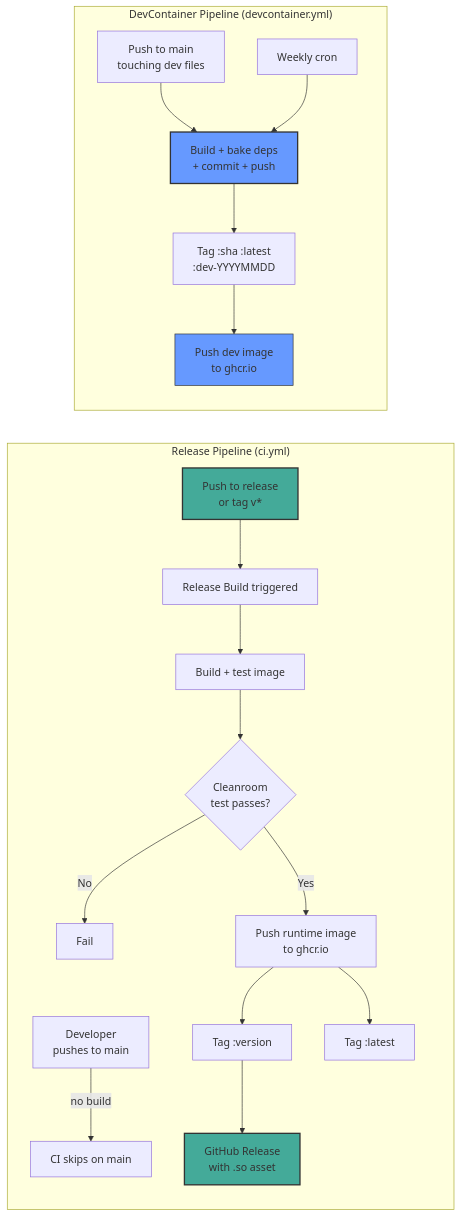
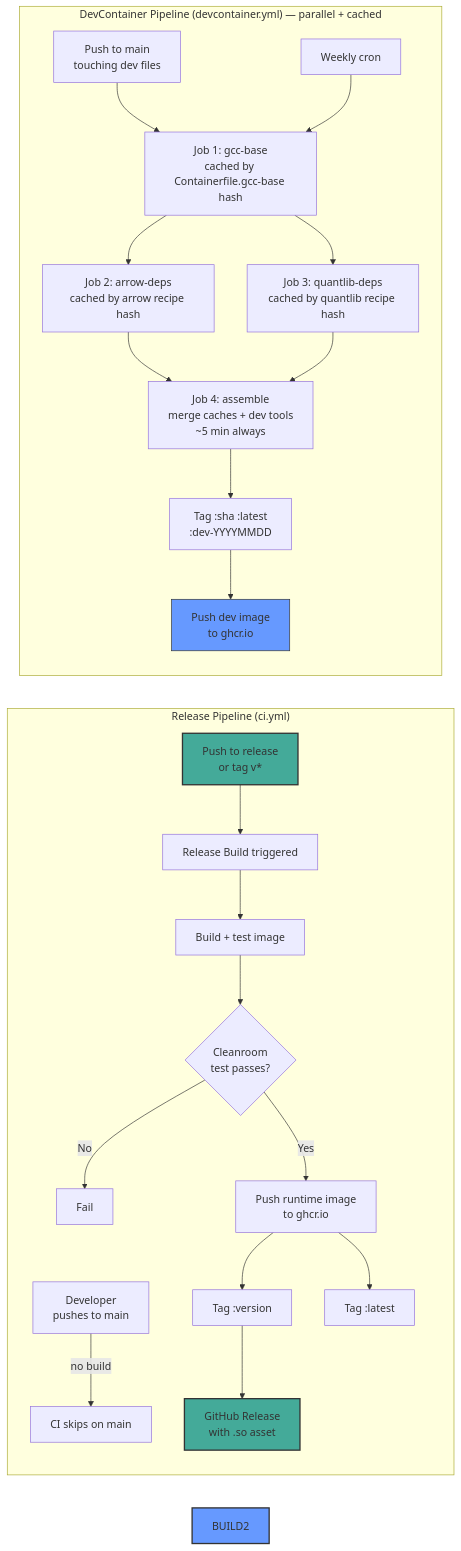
The eighth of 8 diagrams in docs/architecture.md (arekglinka/lambda_cpp26), drawn with Mermaid before and after one commit. The commit also changed other lines of this file and 13 other files, not shown here.

First line of the commit message:
ci: parallel devcontainer pipeline with content-hash caching

````diff
--- a/docs/architecture.md
+++ b/docs/architecture.md
@@ -321,32 +391,36 @@
 ```mermaid
 graph LR
     subgraph "Release Pipeline (ci.yml)"
         DEV1[Developer<br/>pushes to main]
         REL[Push to release<br/>or tag v*]
         
         DEV1 -->|no build| SKIP[CI skips on main]
         REL --> TRIGGER[Release Build triggered]
         TRIGGER --> BUILD[Build + test image]
         BUILD --> CHECK{Cleanroom<br/>test passes?}
         CHECK -->|No| FAIL[Fail]
         CHECK -->|Yes| PUSH[Push runtime image<br/>to ghcr.io]
         PUSH --> TAG_VER[Tag :version]
         PUSH --> TAG_LATEST[Tag :latest]
         TAG_VER --> RELEASE[GitHub Release<br/>with .so asset]
     end
     
-    subgraph "DevContainer Pipeline (devcontainer.yml)"
+    subgraph "DevContainer Pipeline (devcontainer.yml) — parallel + cached"
         DEV2[Push to main<br/>touching dev files]
         CRON2[Weekly cron]
         
-        DEV2 --> BUILD2[Build + bake deps<br/>+ commit + push]
-        CRON2 --> BUILD2
-        BUILD2 --> DEVTAGS[Tag :sha :latest<br/>:dev-YYYYMMDD]
+        DEV2 --> J1[Job 1: gcc-base<br/>cached by Containerfile.gcc-base hash]
+        CRON2 --> J1
+        J1 --> J2A[Job 2: arrow-deps<br/>cached by arrow recipe hash]
+        J1 --> J2B[Job 3: quantlib-deps<br/>cached by quantlib recipe hash]
+        J2A --> J3[Job 4: assemble<br/>merge caches + dev tools<br/>~5 min always]
+        J2B --> J3
+        J3 --> DEVTAGS[Tag :sha :latest<br/>:dev-YYYYMMDD]
         DEVTAGS --> DEVPUSH[Push dev image<br/>to ghcr.io]
     end
     
     style REL fill:#4a9,stroke:#333,stroke-width:2px
     style RELEASE fill:#4a9,stroke:#333,stroke-width:2px
     style BUILD2 fill:#69f,stroke:#333,stroke-width:2px
     style DEVPUSH fill:#69f,stroke:#333
 ```
````
